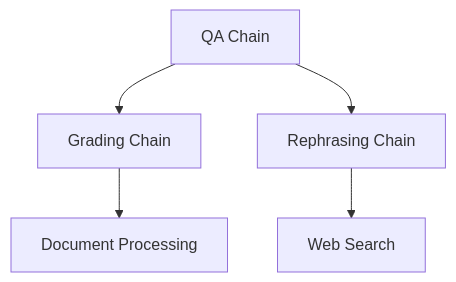
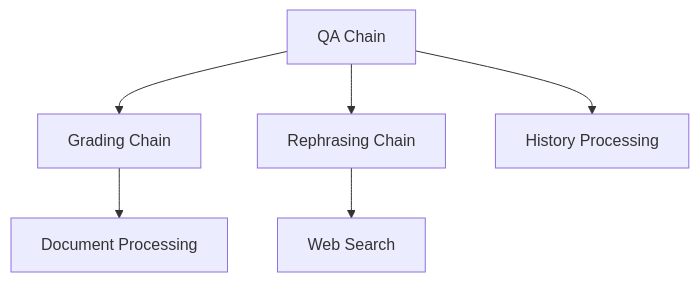
The diagram in documentation/chain.md (rohith4444/VITA), drawn with Mermaid before and after one commit. The commit also changed other lines of this file and 2 other files, not shown here.

````diff
--- a/documentation/chain.md
+++ b/documentation/chain.md
@@ -7,7 +7,8 @@
 ```mermaid
 graph TD
     QA[QA Chain] --> G[Grading Chain]
     QA --> R[Rephrasing Chain]
     G --> D[Document Processing]
     R --> W[Web Search]
+    QA --> H[History Processing]
 ```
````
